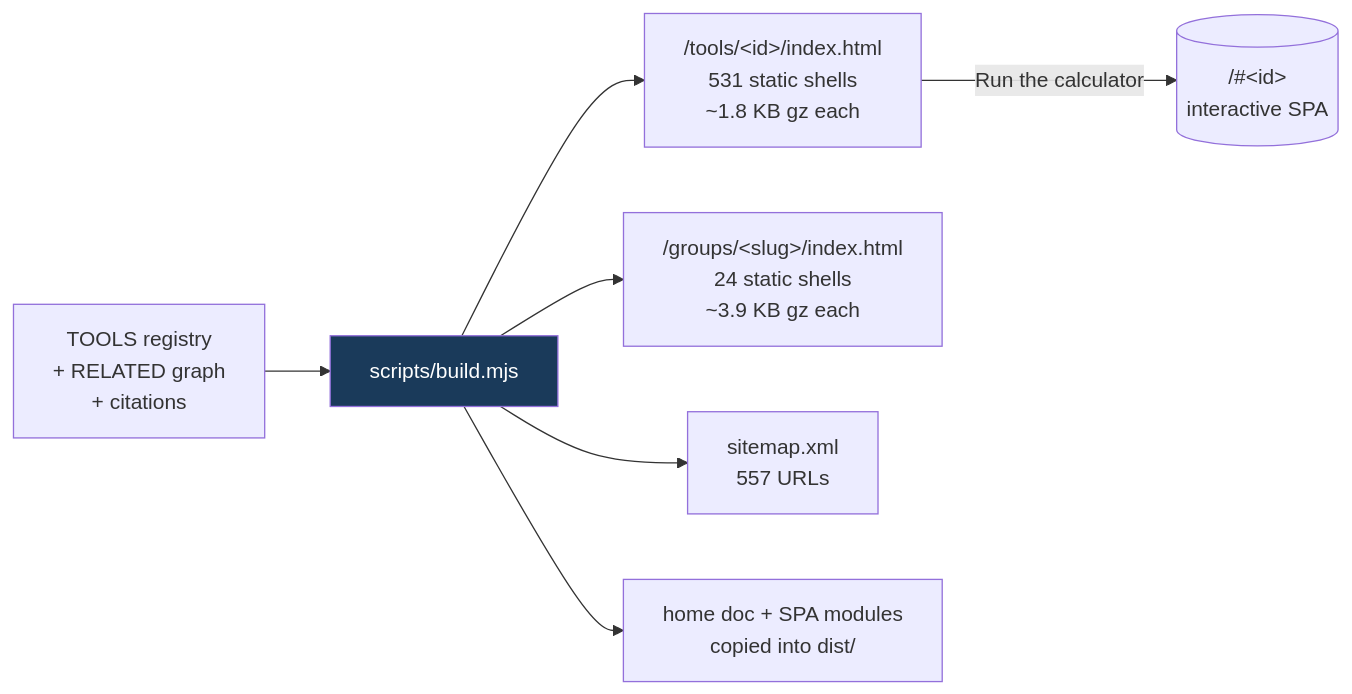
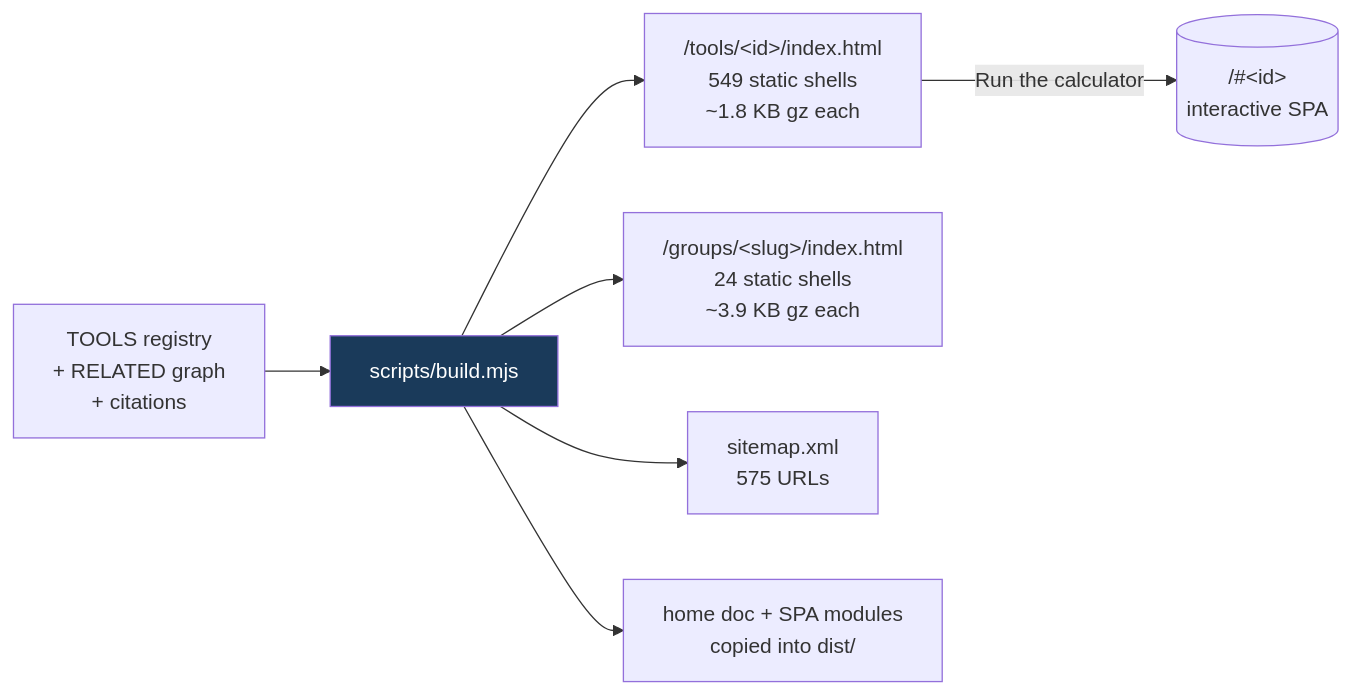
The third of 6 diagrams in README.md (clay-good/roughlogic.com), drawn with Mermaid before and after one commit. The commit also changed other lines of this file and 1 other file, not shown here.

First line of the commit message:
docs: bring README + mobile-responsive current to the 549-tile catalog (v26/v27/v28)

````diff
--- a/README.md
+++ b/README.md
@@ -233,10 +236,10 @@
 ```mermaid
 flowchart LR
     SRC[TOOLS registry\n+ RELATED graph\n+ citations] --> BUILD[scripts/build.mjs]
-    BUILD --> TILE["/tools/&lt;id&gt;/index.html\n531 static shells\n~1.8 KB gz each"]
+    BUILD --> TILE["/tools/&lt;id&gt;/index.html\n549 static shells\n~1.8 KB gz each"]
     BUILD --> GROUP["/groups/&lt;slug&gt;/index.html\n24 static shells\n~3.9 KB gz each"]
-    BUILD --> MAP["sitemap.xml\n557 URLs"]
+    BUILD --> MAP["sitemap.xml\n575 URLs"]
     BUILD --> COPY[home doc + SPA modules\ncopied into dist/]
     TILE -->|Run the calculator| SPA[("/#&lt;id&gt;\ninteractive SPA")]
     style BUILD fill:#1a3a5a,color:#fff
 ```
````
